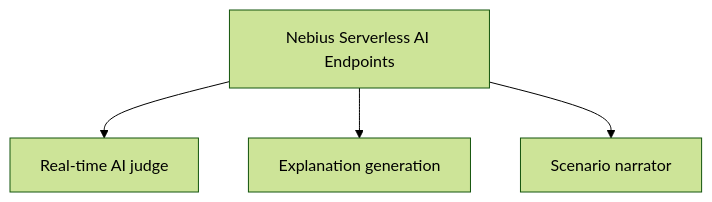
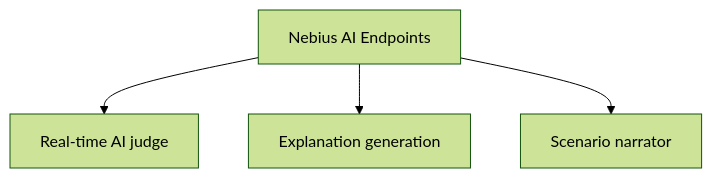
The second of 2 diagrams in docs/nebius-deployment.md (khab40/aimada), drawn with Mermaid (forest theme) before and after one commit. The commit also changed other lines of this file and 43 other files, not shown here.

````diff
--- a/docs/nebius-deployment.md
+++ b/docs/nebius-deployment.md
@@ -44,11 +44,11 @@
 ```mermaid
 graph TD
-    Endpoints["Nebius Serverless AI Endpoints"]
+    Endpoints["Nebius AI Endpoints"]
     Judge["Real-time AI judge"]
     Explain["Explanation generation"]
     Narrator["Scenario narrator"]
 
     Endpoints --> Judge
     Endpoints --> Explain
     Endpoints --> Narrator
 ```
````
